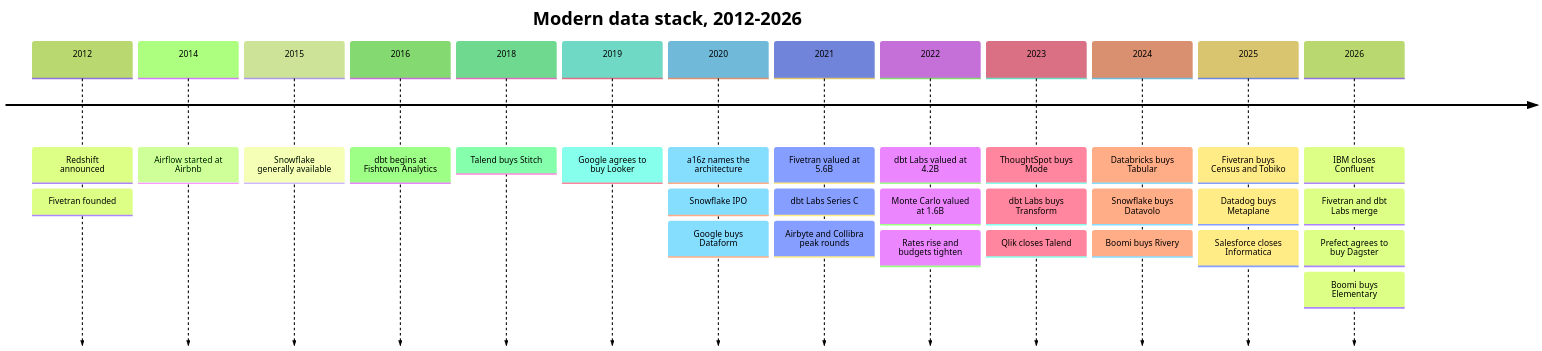
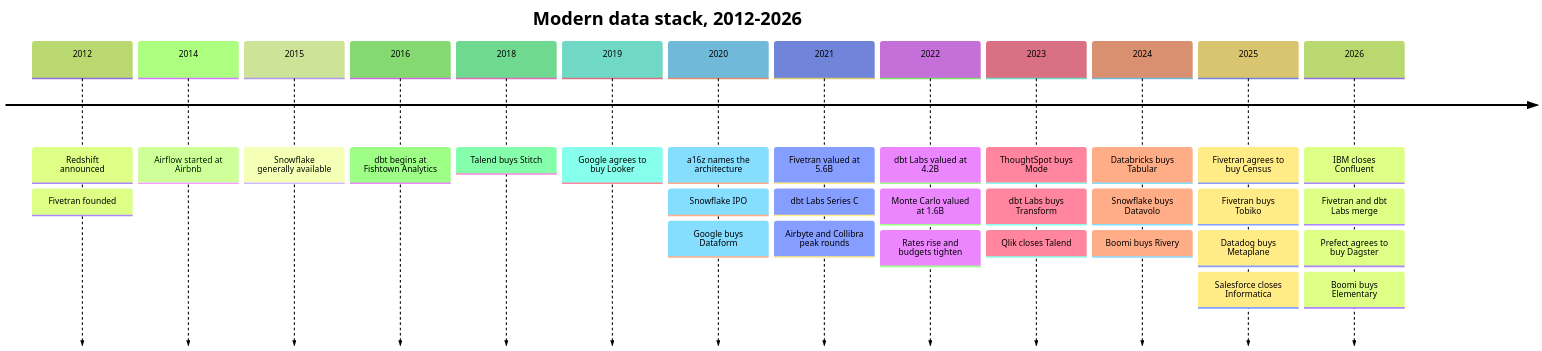
One commit to FrankHuang94/data_tech_db_claude changed the second of 2 diagrams in docs/06-history-and-future/ch43-modern-data-stack.md. Above: the diagram before and after it, drawn with Mermaid (forest theme). The commit also changed other lines of this file and 15 other files, not shown here.

````diff
--- a/docs/06-history-and-future/ch43-modern-data-stack.md
+++ b/docs/06-history-and-future/ch43-modern-data-stack.md
@@ -83,17 +83,17 @@
 ```mermaid
 timeline
   title Modern data stack, 2012-2026
   2012 : Redshift announced : Fivetran founded
   2014 : Airflow started at Airbnb
   2015 : Snowflake generally available
   2016 : dbt begins at Fishtown Analytics
   2018 : Talend buys Stitch
   2019 : Google agrees to buy Looker
   2020 : a16z names the architecture : Snowflake IPO : Google buys Dataform
   2021 : Fivetran valued at 5.6B : dbt Labs Series C : Airbyte and Collibra peak rounds
   2022 : dbt Labs valued at 4.2B : Monte Carlo valued at 1.6B : Rates rise and budgets tighten
   2023 : ThoughtSpot buys Mode : dbt Labs buys Transform : Qlik closes Talend
   2024 : Databricks buys Tabular : Snowflake buys Datavolo : Boomi buys Rivery
-  2025 : Fivetran buys Census and Tobiko : Datadog buys Metaplane : Salesforce closes Informatica
+  2025 : Fivetran agrees to buy Census : Fivetran buys Tobiko : Datadog buys Metaplane : Salesforce closes Informatica
   2026 : IBM closes Confluent : Fivetran and dbt Labs merge : Prefect agrees to buy Dagster : Boomi buys Elementary
 ```
````
